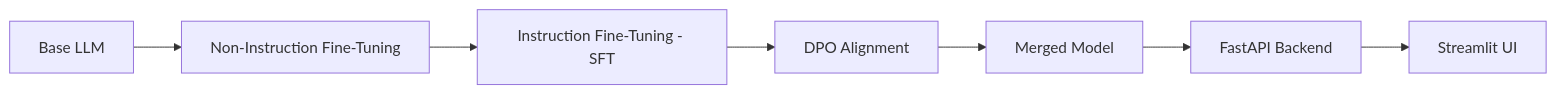
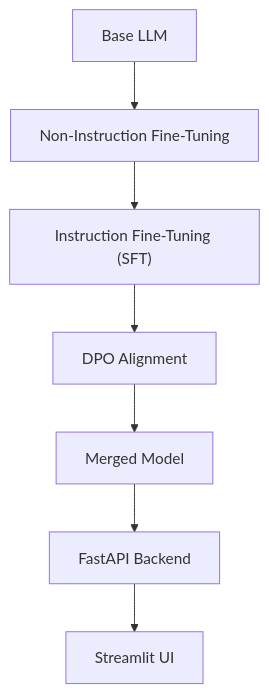
Before and after one commit to MaarreeJ/customer-support-chatbot: the diagram in README.md, drawn with Mermaid.

Commit message:
Fix Mermaid diagram

````diff
--- a/README.md
+++ b/README.md
@@ -405,9 +405,17 @@
 ```mermaid
-graph LR
-    A["Base LLM"] --> B["Non-Instruction Fine-Tuning"]
-    B --> C["Instruction Fine-Tuning - SFT"]
-    C --> D["DPO Alignment"]
-    D --> E["Merged Model"]
-    E --> F["FastAPI Backend"]
-    F --> G["Streamlit UI"]
+flowchart TD
+    A["Base LLM"]
+    B["Non-Instruction Fine-Tuning"]
+    C["Instruction Fine-Tuning (SFT)"]
+    D["DPO Alignment"]
+    E["Merged Model"]
+    F["FastAPI Backend"]
+    G["Streamlit UI"]
+
+    A --> B
+    B --> C
+    C --> D
+    D --> E
+    E --> F
+    F --> G
 ```
````
